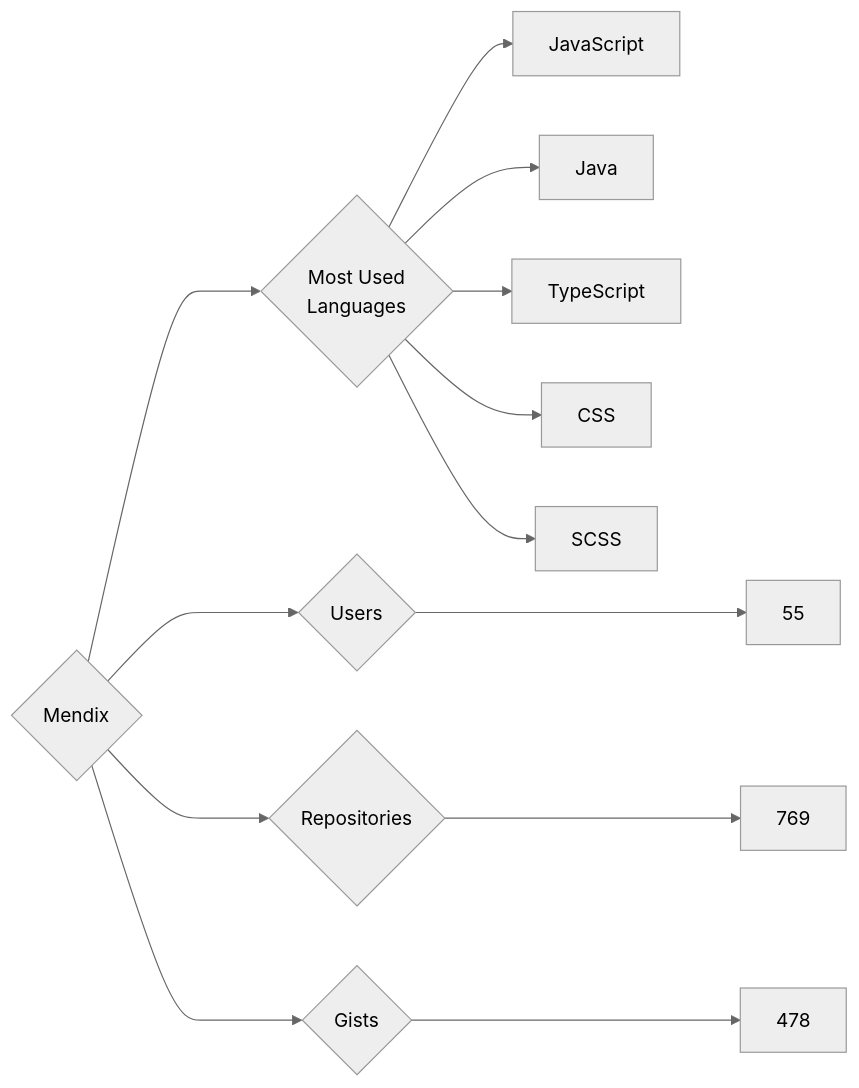
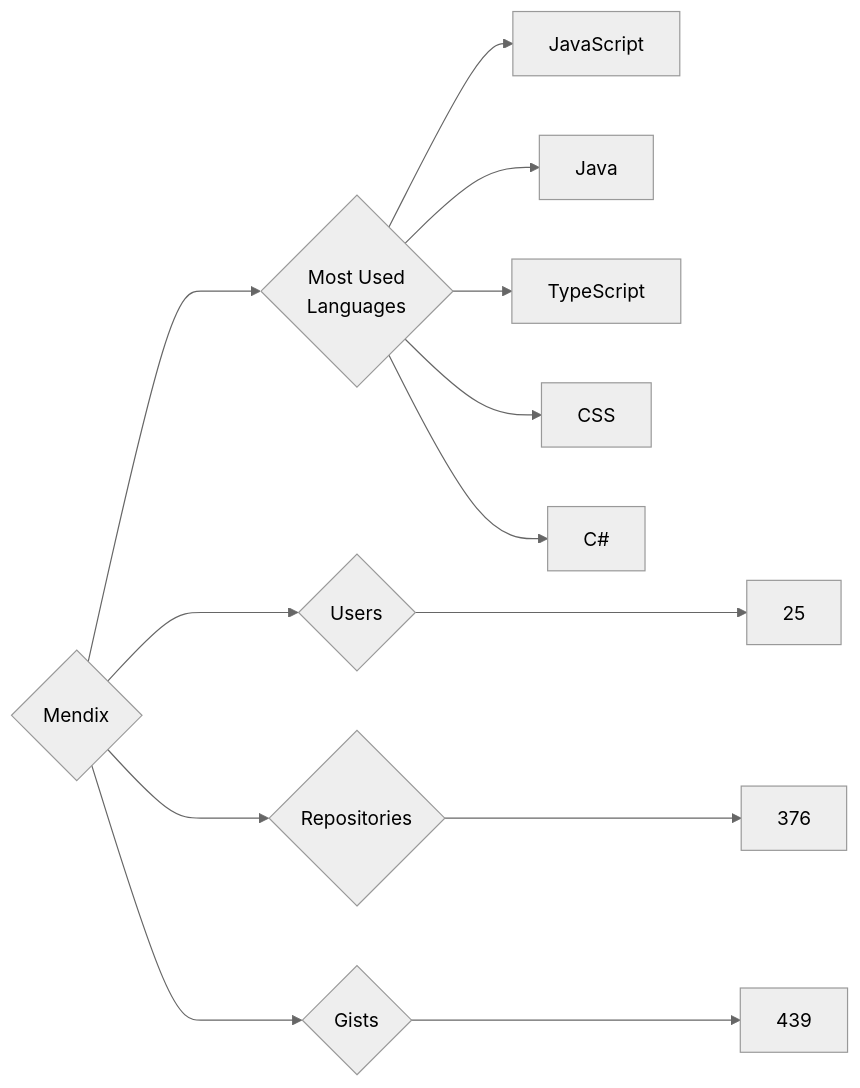
Before and after one commit to trickest/insiders: the diagram in targets/Mendix/README.md, drawn with Mermaid (neutral theme). The commit also changed 1011 other files, not shown here.

````diff
--- a/targets/Mendix/README.md
+++ b/targets/Mendix/README.md
@@ -3,13 +3,13 @@
 ```mermaid
 graph LR
 COMPANY_NAME{Mendix}
-COMPANY_NAME ---> U{Users} ---> UN[55]
-COMPANY_NAME ---> R{Repositories} ---> RN[769]
-COMPANY_NAME ---> G{Gists} ---> GN[478]
+COMPANY_NAME ---> U{Users} ---> UN[25]
+COMPANY_NAME ---> R{Repositories} ---> RN[376]
+COMPANY_NAME ---> G{Gists} ---> GN[439]
 COMPANY_NAME ---> ML{Most Used<br>Languages}
 ML --> JavaScript[JavaScript]
 ML --> Java[Java]
 ML --> TypeScript[TypeScript]
 ML --> CSS[CSS]
-ML --> SCSS[SCSS]
+ML --> C#[C#]
 ```
````
